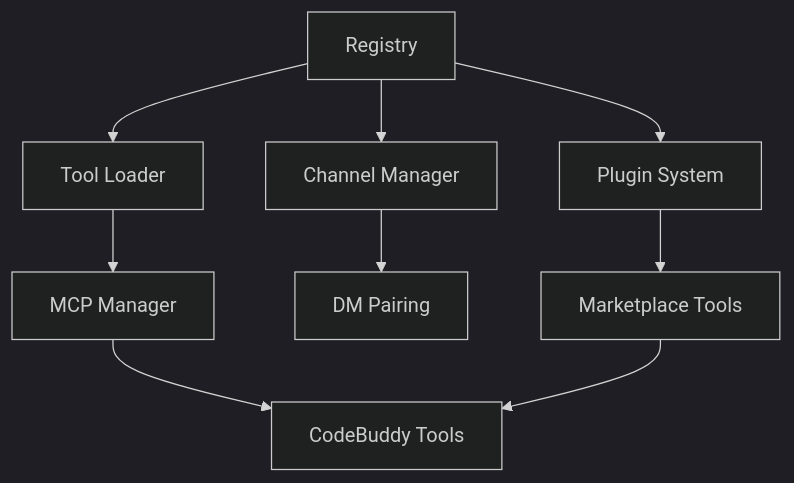
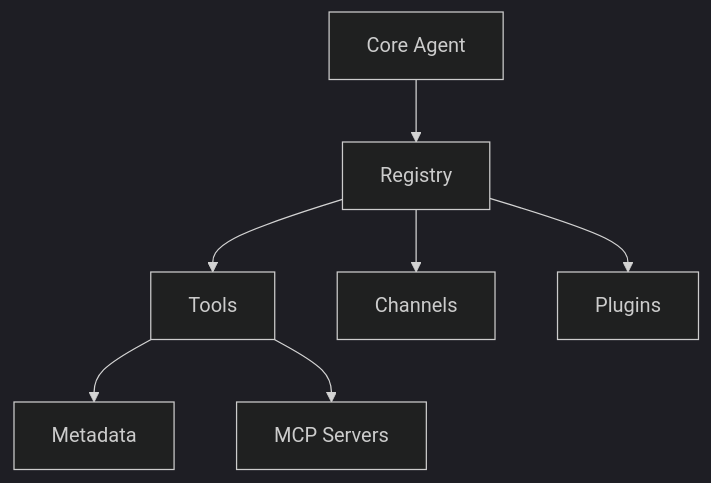
The fifth of 5 diagrams in .codebuddy/docs/10-development.md (Zeeeepa/code-buddy), drawn with Mermaid (dark theme) before and after one commit. The commit also changed other lines of this file and 29 other files, not shown here.

````diff
--- a/.codebuddy/docs/10-development.md
+++ b/.codebuddy/docs/10-development.md
@@ -277,11 +284,9 @@
 ```mermaid
 graph TD
-    A[Registry] --> B[Tool Loader]
-    A --> C[Channel Manager]
-    A --> D[Plugin System]
-    B --> E[MCP Manager]
-    C --> F[DM Pairing]
-    D --> G[Marketplace Tools]
-    E --> H[CodeBuddy Tools]
-    G --> H
+    A[Core Agent] --> B[Registry]
+    B --> C[Tools]
+    B --> D[Channels]
+    B --> E[Plugins]
+    C --> F[Metadata]
+    C --> G[MCP Servers]
 ```
````
